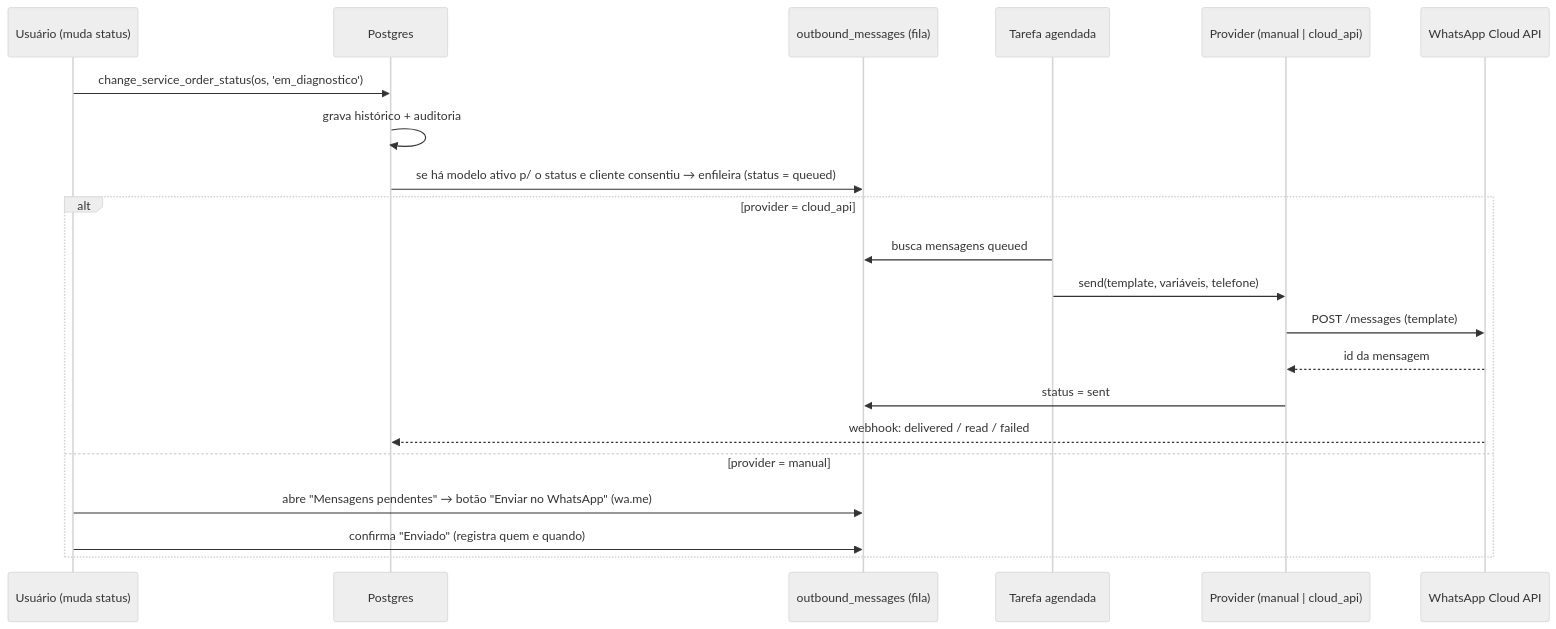
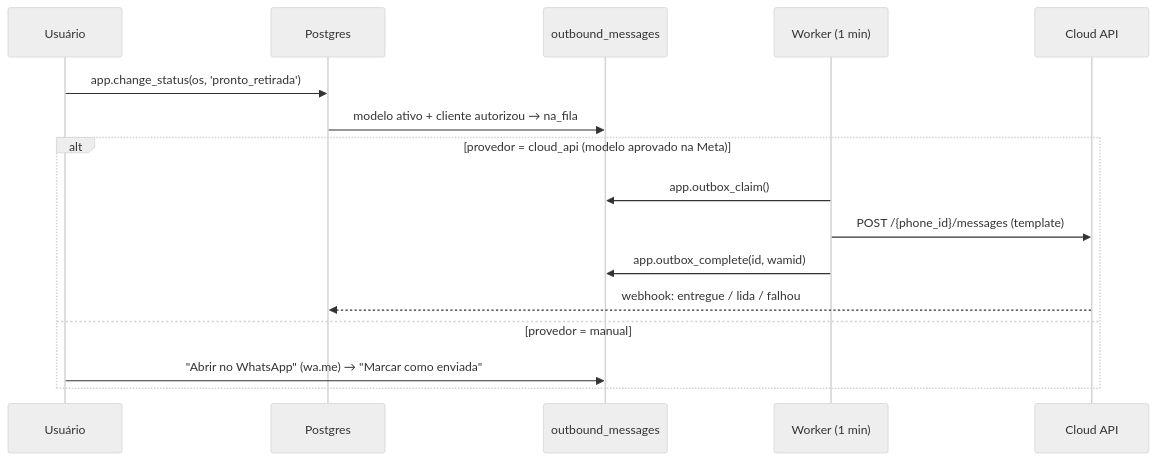
The second of 2 diagrams in docs/02-arquitetura.md (jordanaporto/jordana), drawn with Mermaid (neutral theme) before and after one commit. The commit also changed other lines of this file and 25 other files, not shown here.

````diff
--- a/docs/02-arquitetura.md
+++ b/docs/02-arquitetura.md
@@ -115,24 +100,19 @@
 ```mermaid
 sequenceDiagram
-  participant U as Usuário (muda status)
+  participant U as Usuário
   participant DB as Postgres
-  participant Q as outbound_messages (fila)
-  participant J as Tarefa agendada
-  participant P as Provider (manual | cloud_api)
-  participant Meta as WhatsApp Cloud API
+  participant Q as outbound_messages
+  participant W as Worker (1 min)
+  participant Meta as Cloud API
 
-  U->>DB: change_service_order_status(os, 'em_diagnostico')
-  DB->>DB: grava histórico + auditoria
-  DB->>Q: se há modelo ativo p/ o status e cliente consentiu → enfileira (status = queued)
-  alt provider = cloud_api
-    J->>Q: busca mensagens queued
-    J->>P: send(template, variáveis, telefone)
-    P->>Meta: POST /messages (template)
-    Meta-->>P: id da mensagem
-    P->>Q: status = sent
-    Meta-->>DB: webhook: delivered / read / failed
-  else provider = manual
-    U->>Q: abre "Mensagens pendentes" → botão "Enviar no WhatsApp" (wa.me)
-    U->>Q: confirma "Enviado" (registra quem e quando)
+  U->>DB: app.change_status(os, 'pronto_retirada')
+  DB->>Q: modelo ativo + cliente autorizou → na_fila
+  alt provedor = cloud_api (modelo aprovado na Meta)
+    W->>Q: app.outbox_claim()
+    W->>Meta: POST /{phone_id}/messages (template)
+    W->>Q: app.outbox_complete(id, wamid)
+    Meta-->>DB: webhook: entregue / lida / falhou
+  else provedor = manual
+    U->>Q: "Abrir no WhatsApp" (wa.me) → "Marcar como enviada"
   end
 ```
````
